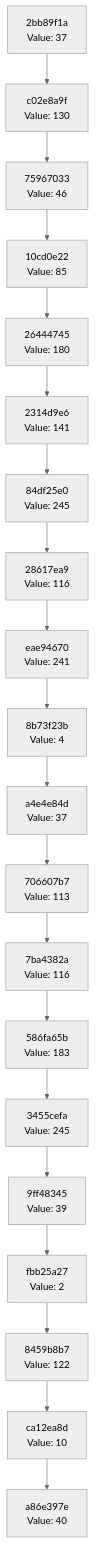
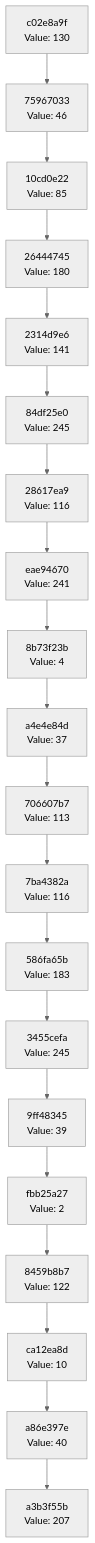
One commit to Abhisheksinha1506/hash-chain-evolver changed the diagram in docs/CHAIN_VISUALIZATION.md. Above: the diagram before and after it, drawn with Mermaid (neutral theme). The commit also changed 2 other files, not shown here.

Commit message:
Evolution step: hash 0xCF → action executed

````diff
--- a/docs/CHAIN_VISUALIZATION.md
+++ b/docs/CHAIN_VISUALIZATION.md
@@ -3,42 +3,42 @@
 ```mermaid
 graph TD
-    C0["a86e397e<br/>Value: 40"]
-    C1["ca12ea8d<br/>Value: 10"]
+    C0["a3b3f55b<br/>Value: 207"]
+    C1["a86e397e<br/>Value: 40"]
     C1 --> C0
-    C2["8459b8b7<br/>Value: 122"]
+    C2["ca12ea8d<br/>Value: 10"]
     C2 --> C1
-    C3["fbb25a27<br/>Value: 2"]
+    C3["8459b8b7<br/>Value: 122"]
     C3 --> C2
-    C4["9ff48345<br/>Value: 39"]
+    C4["fbb25a27<br/>Value: 2"]
     C4 --> C3
-    C5["3455cefa<br/>Value: 245"]
+    C5["9ff48345<br/>Value: 39"]
     C5 --> C4
-    C6["586fa65b<br/>Value: 183"]
+    C6["3455cefa<br/>Value: 245"]
     C6 --> C5
-    C7["7ba4382a<br/>Value: 116"]
+    C7["586fa65b<br/>Value: 183"]
     C7 --> C6
-    C8["706607b7<br/>Value: 113"]
+    C8["7ba4382a<br/>Value: 116"]
     C8 --> C7
-    C9["a4e4e84d<br/>Value: 37"]
+    C9["706607b7<br/>Value: 113"]
     C9 --> C8
-    C10["8b73f23b<br/>Value: 4"]
+    C10["a4e4e84d<br/>Value: 37"]
     C10 --> C9
-    C11["eae94670<br/>Value: 241"]
+    C11["8b73f23b<br/>Value: 4"]
     C11 --> C10
-    C12["28617ea9<br/>Value: 116"]
+    C12["eae94670<br/>Value: 241"]
     C12 --> C11
-    C13["84df25e0<br/>Value: 245"]
+    C13["28617ea9<br/>Value: 116"]
     C13 --> C12
-    C14["2314d9e6<br/>Value: 141"]
+    C14["84df25e0<br/>Value: 245"]
     C14 --> C13
-    C15["26444745<br/>Value: 180"]
+    C15["2314d9e6<br/>Value: 141"]
     C15 --> C14
-    C16["10cd0e22<br/>Value: 85"]
+    C16["26444745<br/>Value: 180"]
     C16 --> C15
-    C17["75967033<br/>Value: 46"]
+    C17["10cd0e22<br/>Value: 85"]
     C17 --> C16
-    C18["c02e8a9f<br/>Value: 130"]
+    C18["75967033<br/>Value: 46"]
     C18 --> C17
-    C19["2bb89f1a<br/>Value: 37"]
+    C19["c02e8a9f<br/>Value: 130"]
     C19 --> C18
 ```
````
